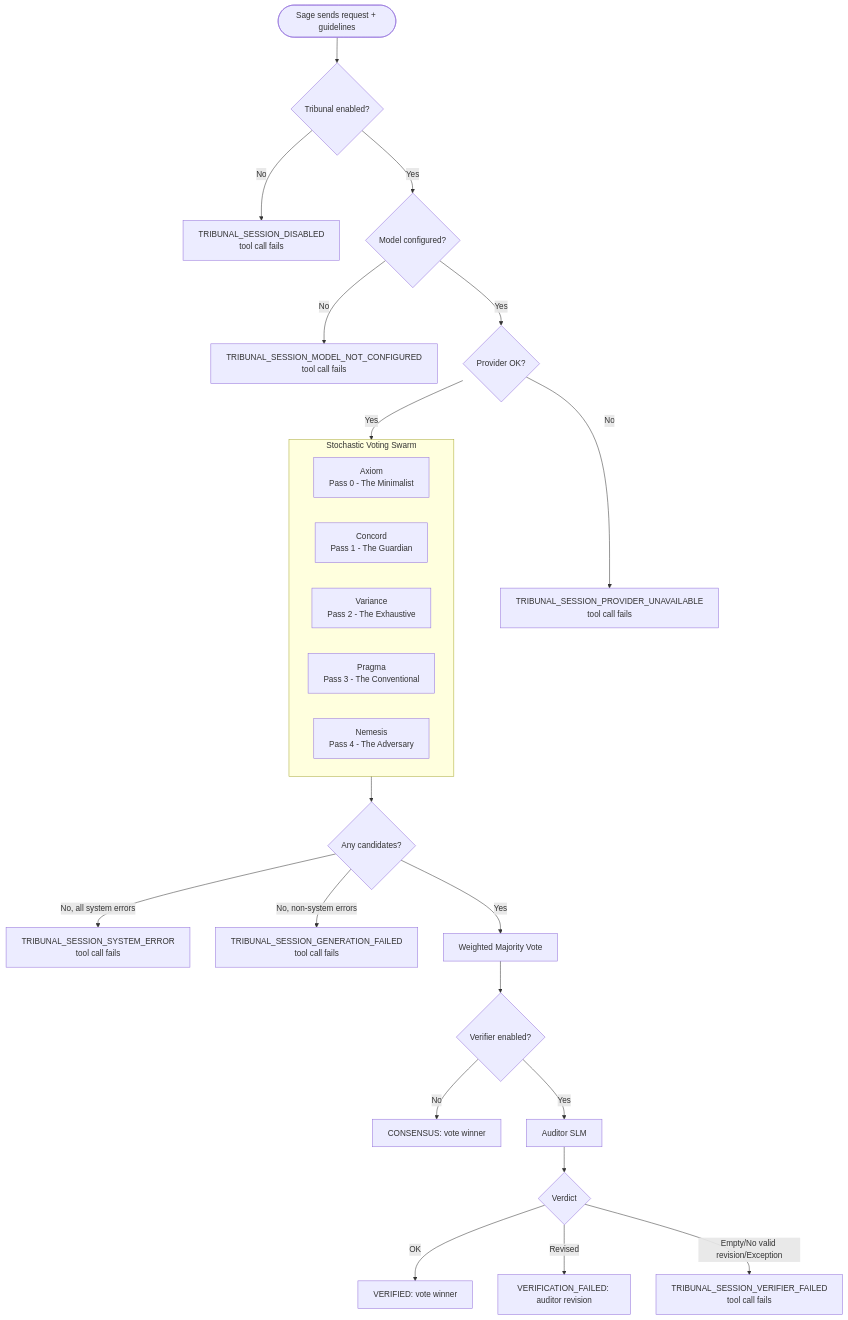
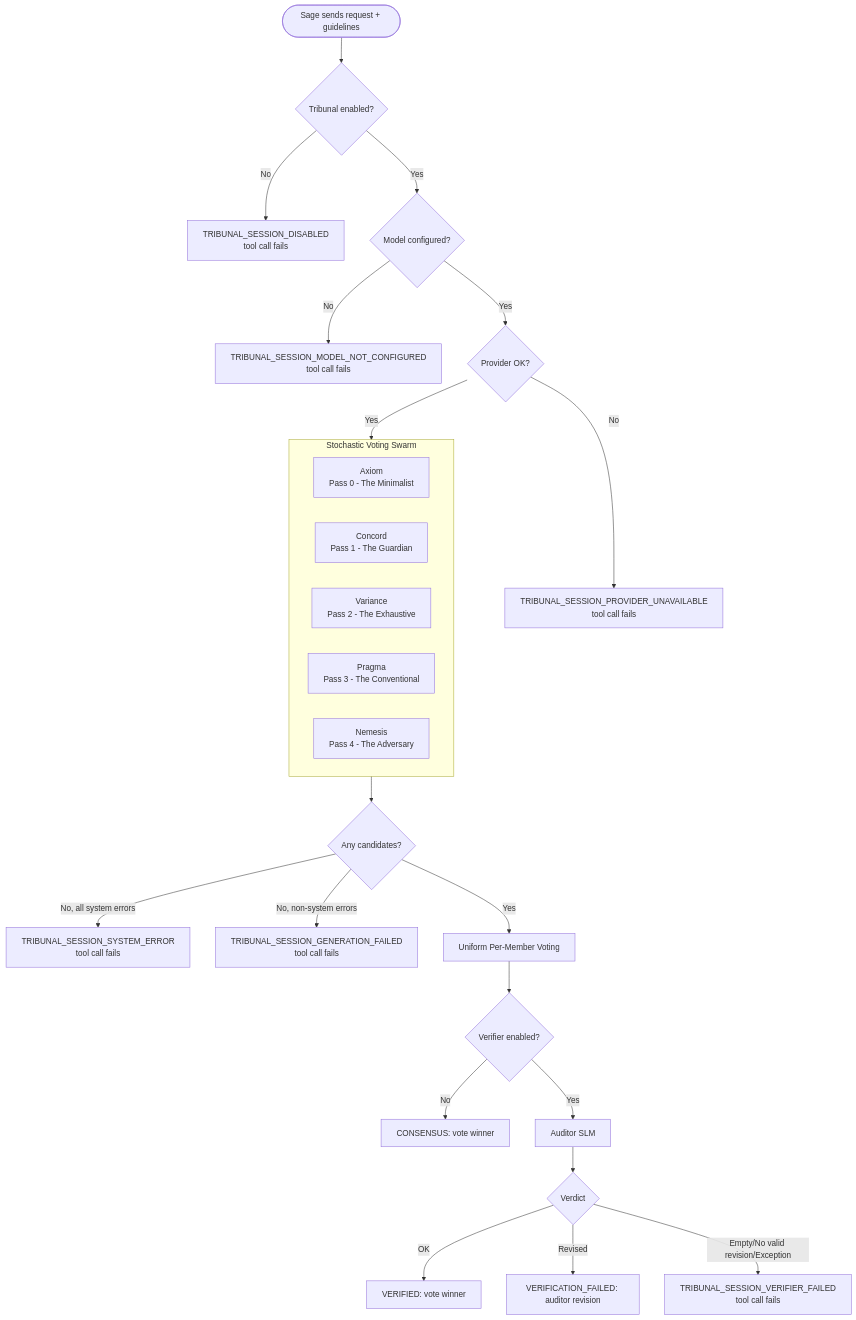
One commit to g8e-ai/g8e changed the third of 3 diagrams in docs/architecture/ai_agents.md. Above: the diagram before and after it, drawn with Mermaid. The commit also changed other lines of this file and 337 other files, not shown here.

````diff
--- a/docs/architecture/ai_agents.md
+++ b/docs/architecture/ai_agents.md
@@ -687,36 +698,36 @@
 ```mermaid
 flowchart TD
     In([Sage sends request + guidelines]) --> Enabled{Tribunal enabled?}
 
     Enabled -- No --> Disabled[TRIBUNAL_SESSION_DISABLED<br/>tool call fails]
     Enabled -- Yes --> Model{Model configured?}
 
     Model -- No --> NoModel[TRIBUNAL_SESSION_MODEL_NOT_CONFIGURED<br/>tool call fails]
     Model -- Yes --> Provider{Provider OK?}
 
     Provider -- No --> NoProvider[TRIBUNAL_SESSION_PROVIDER_UNAVAILABLE<br/>tool call fails]
     Provider -- Yes --> Gen[Parallel Generation Phase]
 
     subgraph Gen [Stochastic Voting Swarm]
         direction LR
         P1[Axiom<br/>Pass 0 - The Minimalist]
         P2[Concord<br/>Pass 1 - The Guardian]
         P3[Variance<br/>Pass 2 - The Exhaustive]
         P4[Pragma<br/>Pass 3 - The Conventional]
         P5[Nemesis<br/>Pass 4 - The Adversary]
     end
 
     Gen --> Candidates{Any candidates?}
     Candidates -- No, all system errors --> SysErr[TRIBUNAL_SESSION_SYSTEM_ERROR<br/>tool call fails]
     Candidates -- No, non-system errors --> GenFail[TRIBUNAL_SESSION_GENERATION_FAILED<br/>tool call fails]
-    Candidates -- Yes --> Vote[Weighted Majority Vote]
+    Candidates -- Yes --> Vote[Uniform Per-Member Voting]
 
     Vote --> VerifierEnabled{Verifier enabled?}
     VerifierEnabled -- No --> OutVote[CONSENSUS: vote winner]
     VerifierEnabled -- Yes --> Verify[Auditor SLM]
 
     Verify --> Review{Verdict}
     Review -- OK --> OutVerified[VERIFIED: vote winner]
     Review -- Revised --> OutRev[VERIFICATION_FAILED: auditor revision]
     Review -- Empty/No valid revision/Exception --> VerFail[TRIBUNAL_SESSION_VERIFIER_FAILED<br/>tool call fails]
 ```
````
